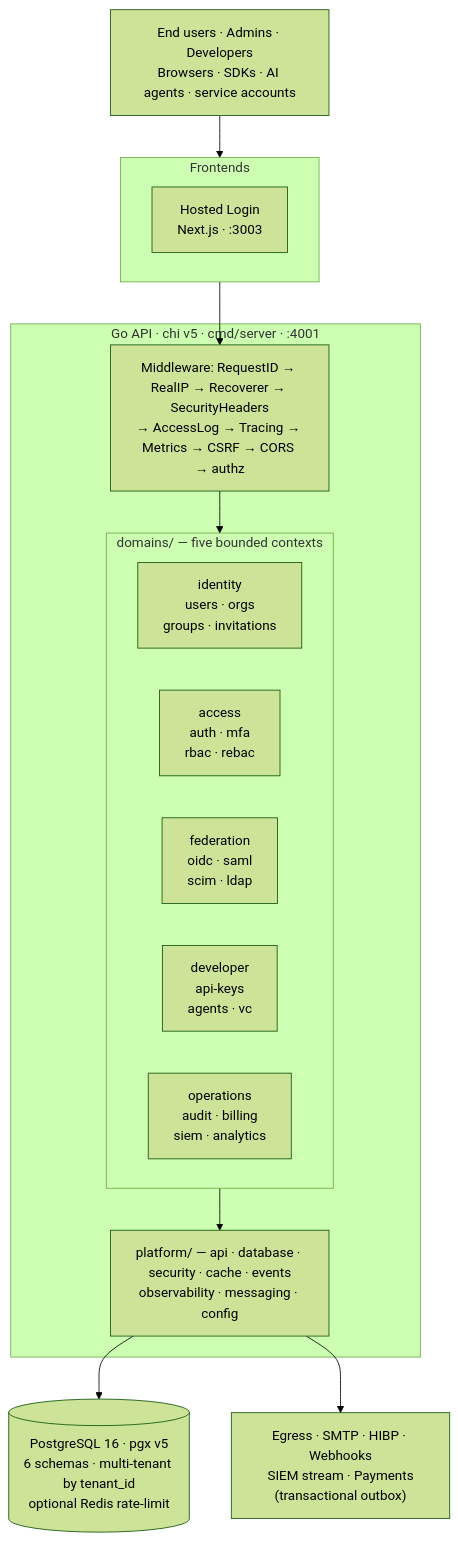
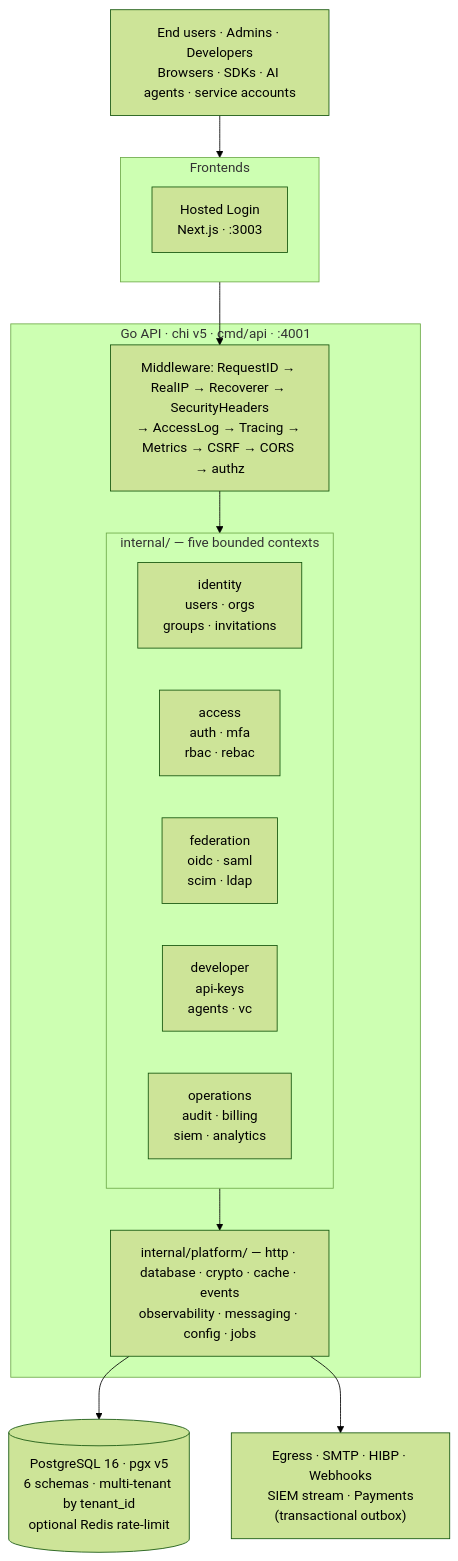
The first of 2 diagrams in README.md (qeetgroup/qeet-id-server), drawn with Mermaid (forest theme) before and after one commit. The commit also changed other lines of this file and 773 other files, not shown here.

````diff
--- a/README.md
+++ b/README.md
@@ -74,31 +74,31 @@
 ```mermaid
 flowchart TB
     clients["End users · Admins · Developers<br/>Browsers · SDKs · AI agents · service accounts"]
 
     subgraph frontends["Frontends"]
         direction LR
         login["Hosted Login<br/>Next.js · :3003"]
     end
 
-    subgraph api["Go API · chi v5 · cmd/server · :4001"]
+    subgraph api["Go API · chi v5 · cmd/api · :4001"]
         mw["Middleware: RequestID → RealIP → Recoverer → SecurityHeaders<br/>→ AccessLog → Tracing → Metrics → CSRF → CORS → authz"]
-        subgraph domains["domains/ — five bounded contexts"]
+        subgraph domains["internal/ — five bounded contexts"]
             direction LR
             identity["identity<br/>users · orgs<br/>groups · invitations"]
             access["access<br/>auth · mfa<br/>rbac · rebac"]
             federation["federation<br/>oidc · saml<br/>scim · ldap"]
             developer["developer<br/>api-keys<br/>agents · vc"]
             operations["operations<br/>audit · billing<br/>siem · analytics"]
         end
-        platform["platform/ — api · database · security · cache · events<br/>observability · messaging · config"]
+        platform["internal/platform/ — http · database · crypto · cache · events<br/>observability · messaging · config · jobs"]
         mw --> domains --> platform
     end
 
     pg[("PostgreSQL 16 · pgx v5<br/>6 schemas · multi-tenant by tenant_id<br/>optional Redis rate-limit")]
     egress["Egress · SMTP · HIBP · Webhooks<br/>SIEM stream · Payments<br/>(transactional outbox)"]
 
     clients --> login
     login --> mw
     platform --> pg
     platform --> egress
 ```
````
